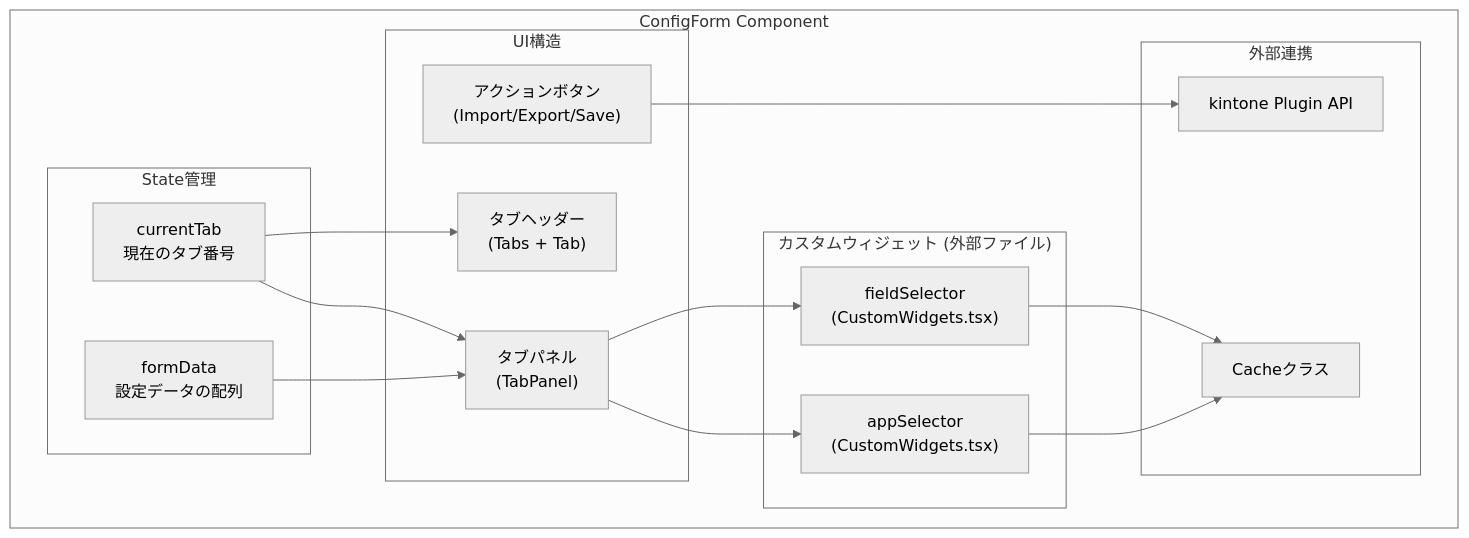
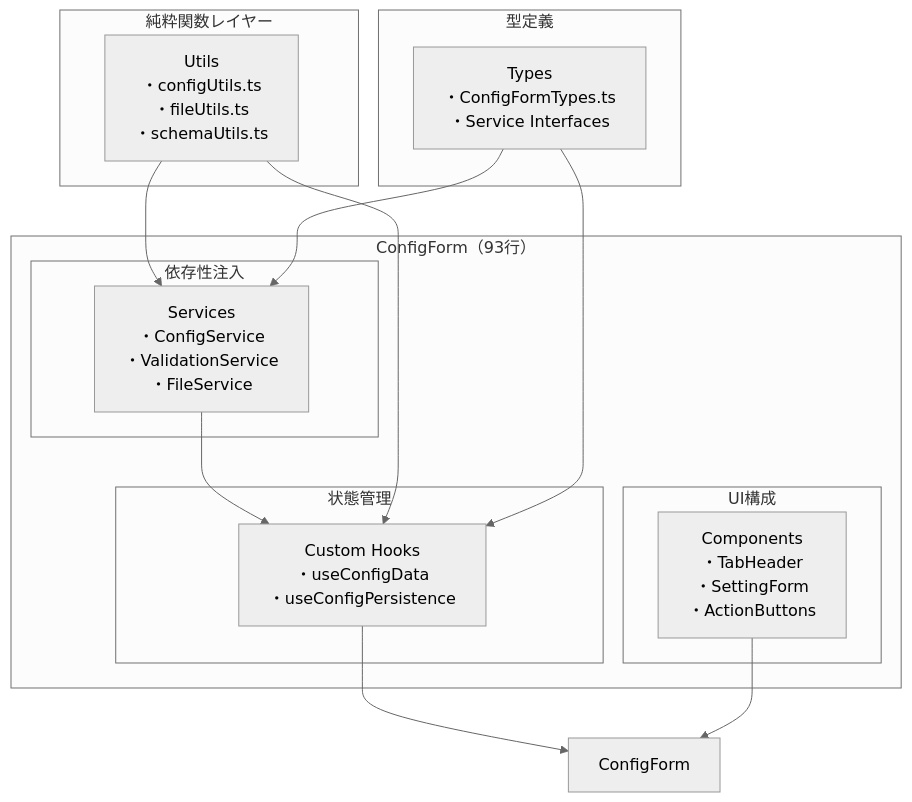
The first of 10 diagrams in docs/configform-detailed-explanation.md (okayus/kintone-plugin-template), drawn with Mermaid (neutral theme) before and after one commit. The commit also changed other lines of this file and 17 other files, not shown here.

First line of the commit message:
docs: update documentation to reflect refactored architecture

````diff
--- a/docs/configform-detailed-explanation.md
+++ b/docs/configform-detailed-explanation.md
@@ -14,36 +25,32 @@
 ```mermaid
 graph TB
-    subgraph "ConfigForm Component"
-        subgraph "State管理"
-            FormData["formData<br/>設定データの配列"]
-            CurrentTab["currentTab<br/>現在のタブ番号"]
+    subgraph "ConfigForm（93行）"
+        subgraph "依存性注入"
+            Services["Services<br/>・ConfigService<br/>・ValidationService<br/>・FileService"]
         end
         
-        subgraph "UI構造"
-            TabHeader["タブヘッダー<br/>(Tabs + Tab)"]
-            TabPanels["タブパネル<br/>(TabPanel)"]
-            ActionButtons["アクションボタン<br/>(Import/Export/Save)"]
+        subgraph "状態管理"
+            Hooks["Custom Hooks<br/>・useConfigData<br/>・useConfigPersistence"]
         end
         
-        subgraph "カスタムウィジェット (外部ファイル)"
-            AppSelector["appSelector<br/>(CustomWidgets.tsx)"]
-            FieldSelector["fieldSelector<br/>(CustomWidgets.tsx)"]
-        end
-        
-        subgraph "外部連携"
-            KintoneAPI["kintone Plugin API"]
-            Cache["Cacheクラス"]
+        subgraph "UI構成"
+            Components["Components<br/>・TabHeader<br/>・SettingForm<br/>・ActionButtons"]
         end
     end
     
-    FormData --> TabPanels
-    CurrentTab --> TabHeader
-    CurrentTab --> TabPanels
+    subgraph "純粋関数レイヤー"
+        Utils["Utils<br/>・configUtils.ts<br/>・fileUtils.ts<br/>・schemaUtils.ts"]
+    end
     
-    TabPanels --> AppSelector
-    TabPanels --> FieldSelector
+    subgraph "型定義"
+        Types["Types<br/>・ConfigFormTypes.ts<br/>・Service Interfaces"]
+    end
     
-    AppSelector --> Cache
-    FieldSelector --> Cache
-    ActionButtons --> KintoneAPI
+    Services --> Hooks
+    Hooks --> ConfigForm
+    Components --> ConfigForm
+    Utils --> Services
+    Utils --> Hooks
+    Types --> Services
+    Types --> Hooks
 ```
````
